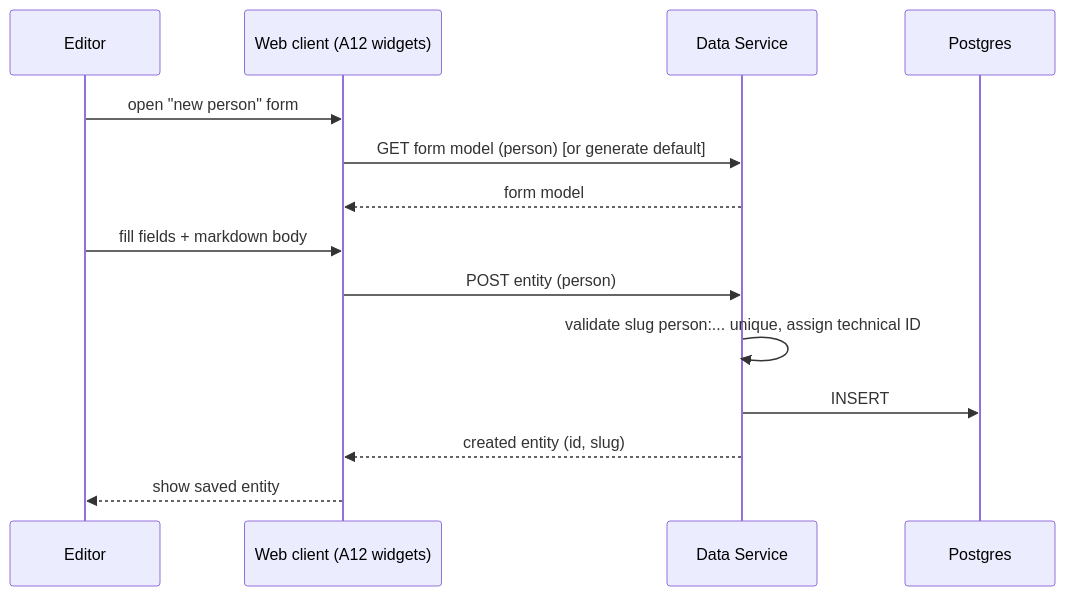
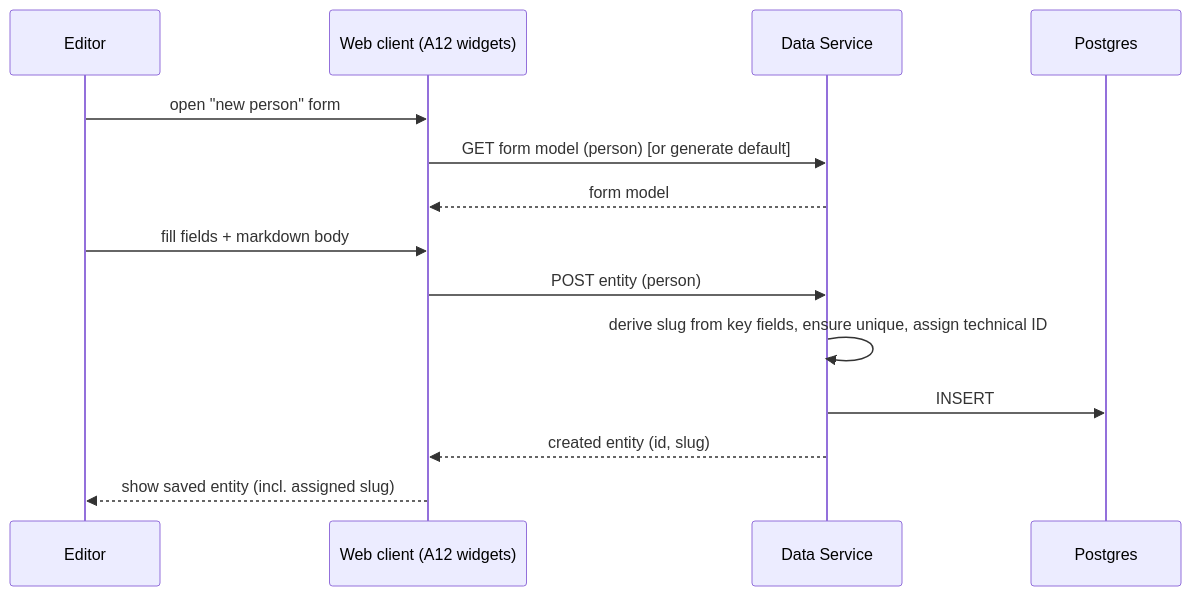
One commit to tillg/wiki12 changed the third of 4 diagrams in specs/changes/basic_setup/architecture.md. Above: the diagram before and after it, drawn with Mermaid. The commit also changed other lines of this file and 2 other files, not shown here.

First line of the commit message:
Refine slug model: read-only, key-field-derived, change notifications

````diff
--- a/specs/changes/basic_setup/architecture.md
+++ b/specs/changes/basic_setup/architecture.md
@@ -128,16 +135,16 @@
 ```mermaid
 sequenceDiagram
     participant U as Editor
     participant W as Web client (A12 widgets)
     participant S as Data Service
     participant DB as Postgres
     U->>W: open "new person" form
     W->>S: GET form model (person) [or generate default]
     S-->>W: form model
     U->>W: fill fields + markdown body
     W->>S: POST entity (person)
-    S->>S: validate slug person:... unique, assign technical ID
+    S->>S: derive slug from key fields, ensure unique, assign technical ID
     S->>DB: INSERT
     S-->>W: created entity (id, slug)
-    W-->>U: show saved entity
+    W-->>U: show saved entity (incl. assigned slug)
 ```
````
